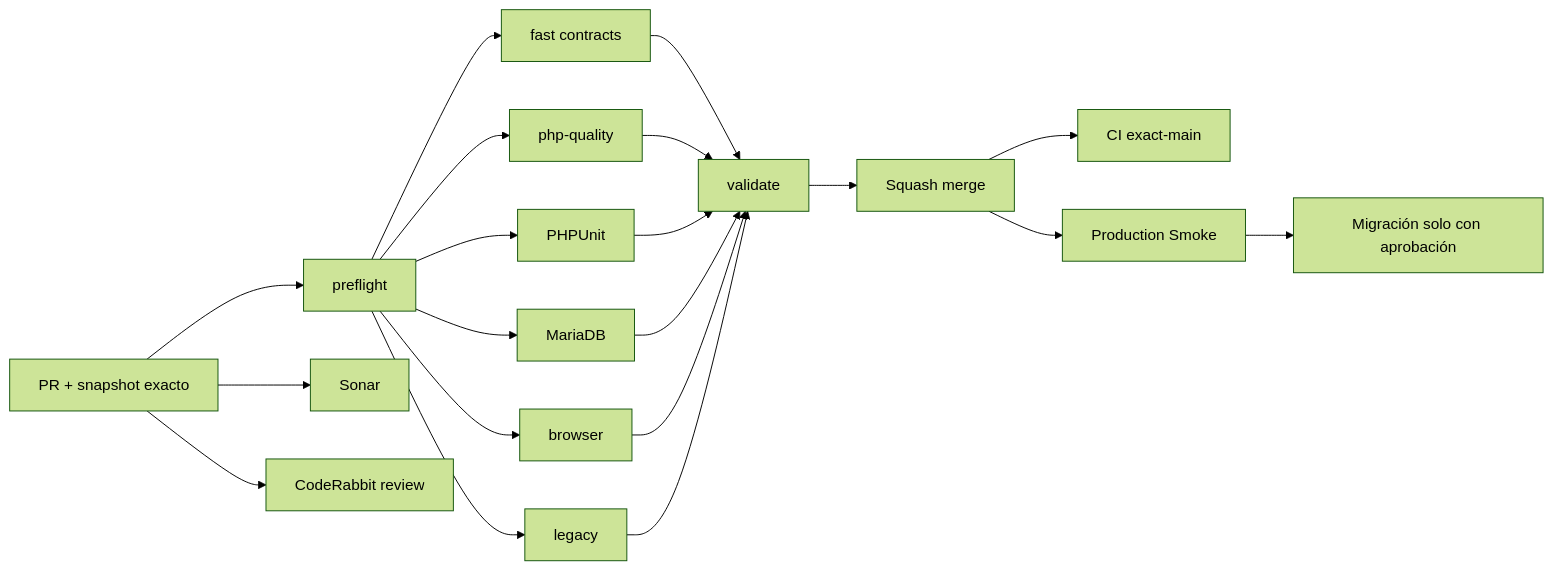
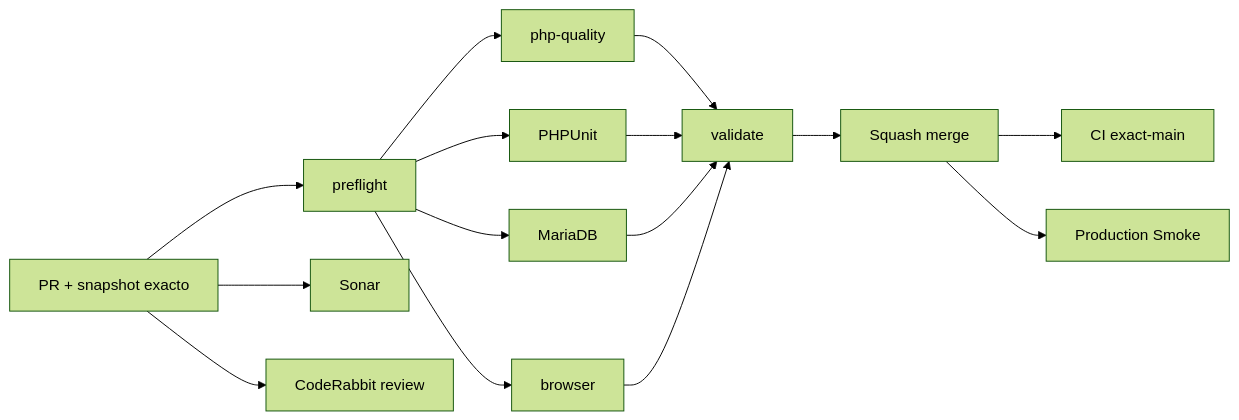
One commit to drpipe1098-commits/GrindFlow changed the diagram in README.md. Above: the diagram before and after it, drawn with Mermaid (forest theme). The commit also changed other lines of this file and 19 other files, not shown here.

````diff
--- a/README.md
+++ b/README.md
@@ -48,22 +49,17 @@
 ```mermaid
 flowchart LR
     A["PR + snapshot exacto"] --> P["preflight"]
-    P --> F["fast contracts"]
     P --> Q["php-quality"]
     P --> T["PHPUnit"]
     P --> D["MariaDB"]
     P --> B["browser"]
-    P --> L["legacy"]
     A --> S["Sonar"]
     A --> C["CodeRabbit review"]
-    F --> V["validate"]
-    Q --> V
+    Q --> V["validate"]
     T --> V
     D --> V
     B --> V
-    L --> V
     V --> M["Squash merge"]
     M --> X["CI exact-main"]
     M --> R["Production Smoke"]
-    R --> G["Migración solo con aprobación"]
 ```
````
